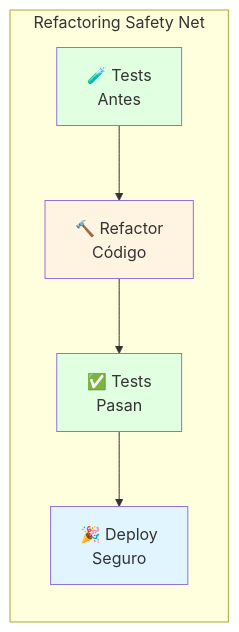
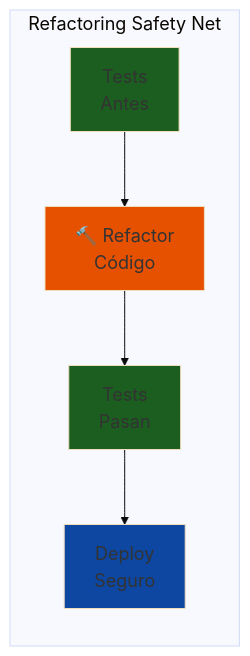
Before and after one commit to Ai-Whisperers/Courses-Content: the seventh of 8 diagrams in courses/🟡-development/FPUNA-2026/01-DESARROLLO-SOFTWARE/04-codigo-limpio.md, drawn with Mermaid. The commit also changed other lines of this file and 47 other files, not shown here.

First line of the commit message:
fix: Make all 473 diagrams WCAG AAA accessible (FPUNA-2026)

````diff
--- a/courses/🟡-development/FPUNA-2026/01-DESARROLLO-SOFTWARE/04-codigo-limpio.md
+++ b/courses/🟡-development/FPUNA-2026/01-DESARROLLO-SOFTWARE/04-codigo-limpio.md
@@ -1145,18 +1151,19 @@
 ```mermaid
+%%{init: {'theme':'base', 'themeVariables': {'fontSize':'18px'}}}%%
 graph LR
     subgraph "Refactoring Safety Net"
-        A[🧪 Tests<br/>Antes]
+        A[Tests<br/>Antes]
         B[🔨 Refactor<br/>Código]
-        C[✅ Tests<br/>Pasan]
-        D[🎉 Deploy<br/>Seguro]
+        C[Tests<br/>Pasan]
+        D[Deploy<br/>Seguro]
         
         A --> B
         B --> C
         C --> D
     end
     
-    style A fill:#E1FFE1
-    style B fill:#FFF4E1
-    style C fill:#E1FFE1
-    style D fill:#E1F5FF
+    style A fill:#1b5e20
+    style B fill:#e65100
+    style C fill:#1b5e20
+    style D fill:#0d47a1
 ```
````
